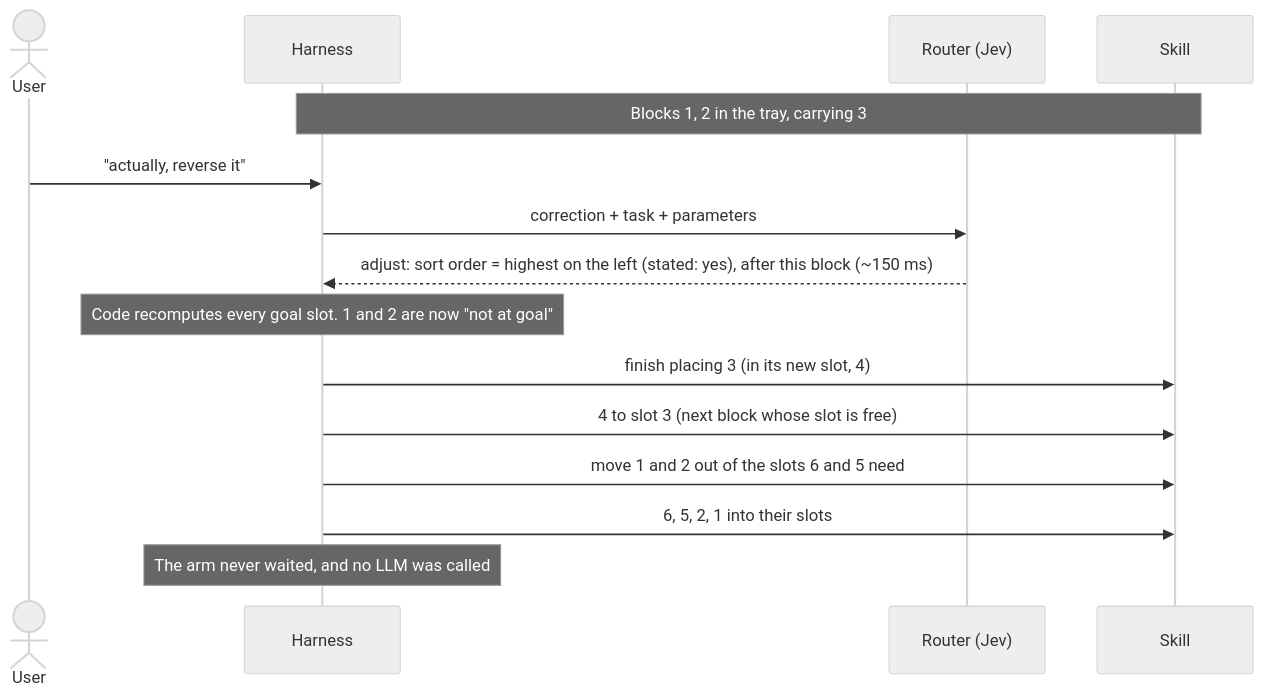
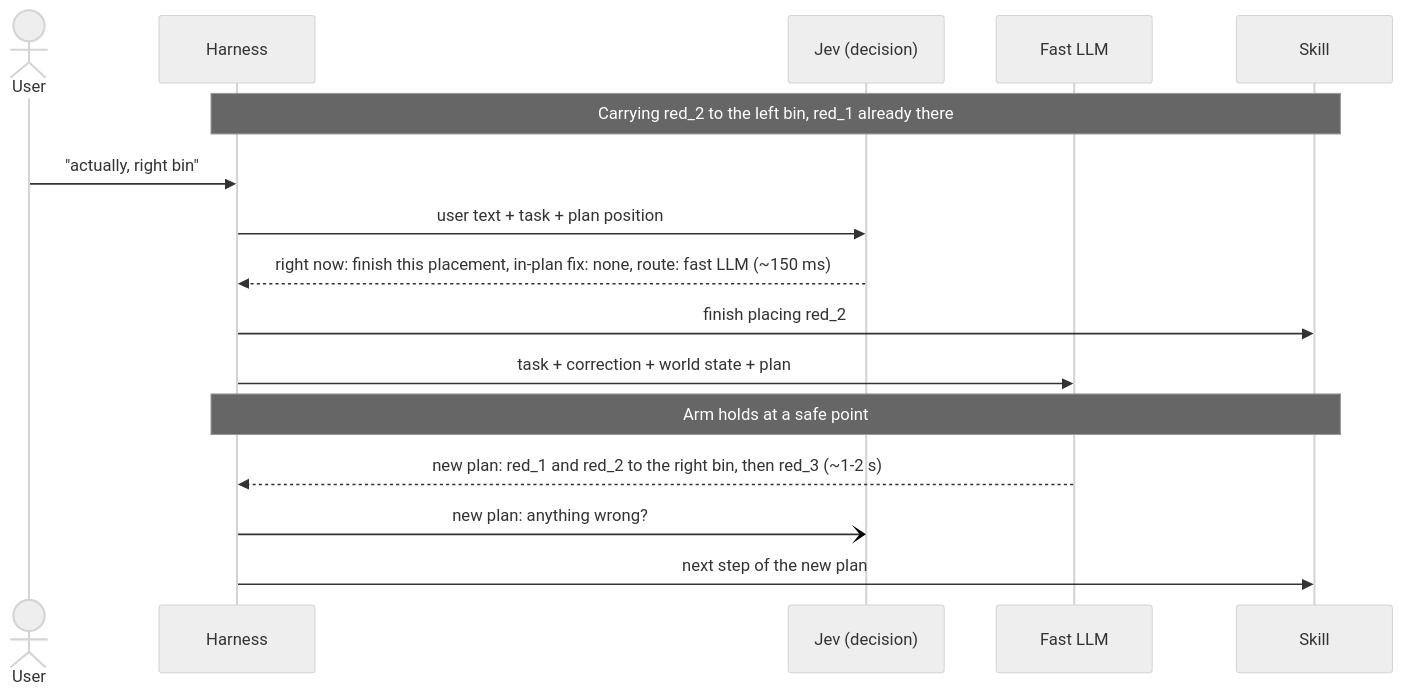
The fourth of 7 diagrams in docs/v2-diagrams.md (alee792/robojev), drawn with Mermaid (neutral theme) before and after one commit. The commit also changed other lines of this file and 1 other file, not shown here.

First line of the commit message:
v2: one decision per event (right-now, in-plan fix, route in one Jev request), episodes, no variants prepared up front, plan check runs in parallel with the first step; diagrams redrawn

````diff
--- a/docs/v2-diagrams.md
+++ b/docs/v2-diagrams.md
@@ -130,18 +122,19 @@
 ```mermaid
 sequenceDiagram
     actor U as User
     participant H as Harness
-    participant Ro as Router (Jev)
+    participant J as Jev (decision)
+    participant L as Fast LLM
     participant K as Skill
 
-    Note over H,K: Blocks 1, 2 in the tray, carrying 3
-    U->>H: "actually, reverse it"
-    H->>Ro: correction + task + parameters
-    Ro-->>H: adjust: sort order = highest on the left (stated: yes), after this block (~150 ms)
-    Note over H: Code recomputes every goal slot. 1 and 2 are now "not at goal"
-    H->>K: finish placing 3 (in its new slot, 4)
-    H->>K: 4 to slot 3 (next block whose slot is free)
-    H->>K: move 1 and 2 out of the slots 6 and 5 need
-    H->>K: 6, 5, 2, 1 into their slots
-    Note over H: The arm never waited, and no LLM was called
+    Note over H,K: Carrying red_2 to the left bin, red_1 already there
+    U->>H: "actually, right bin"
+    H->>J: user text + task + plan position
+    J-->>H: right now: finish this placement, in-plan fix: none, route: fast LLM (~150 ms)
+    H->>K: finish placing red_2
+    H->>L: task + correction + world state + plan
+    Note over H,K: Arm holds at a safe point
+    L-->>H: new plan: red_1 and red_2 to the right bin, then red_3 (~1-2 s)
+    H-)J: new plan: anything wrong?
+    H->>K: next step of the new plan
 ```
````
